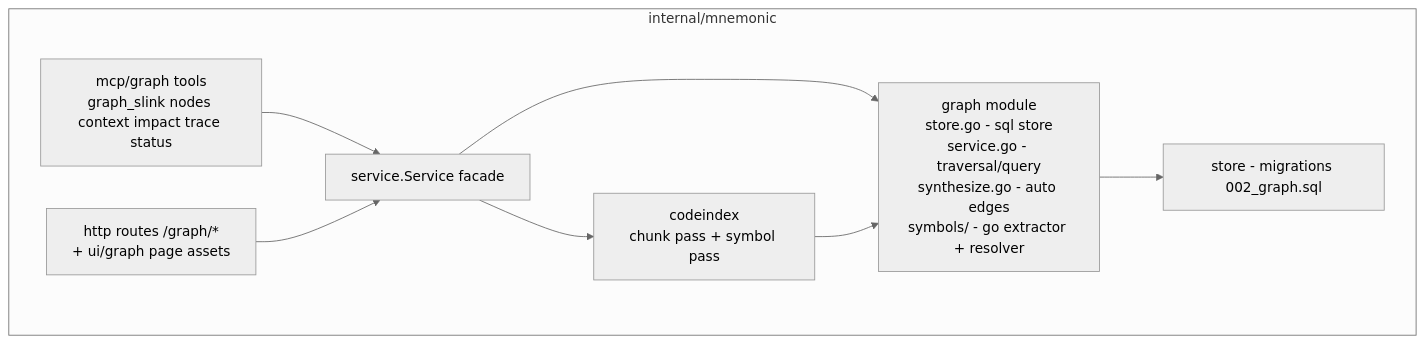
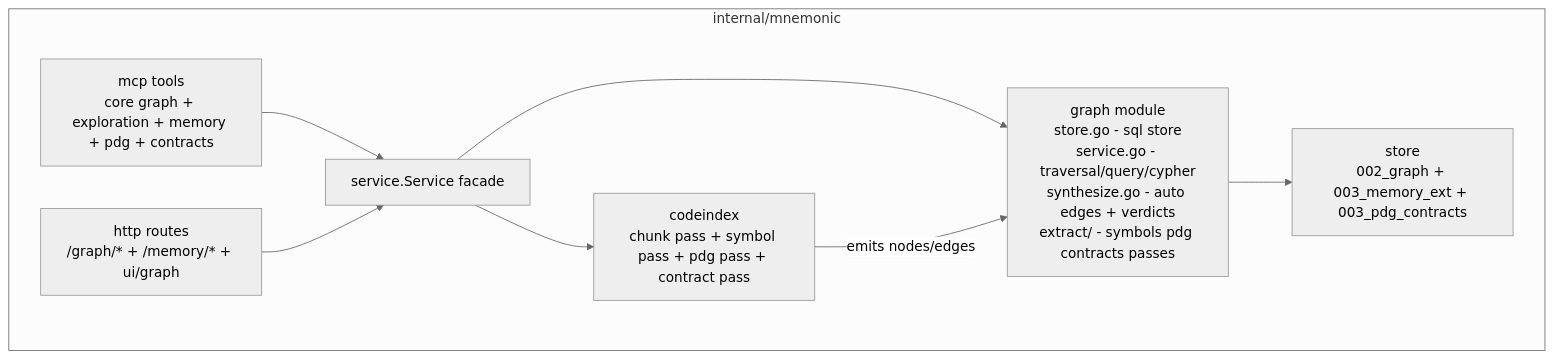
Before and after one commit to devopstales/skillgrid: the second of 2 diagrams in openspec/changes/mnemonic-graph/design.md, drawn with Mermaid (neutral theme). The commit also changed other lines of this file and 12 other files, not shown here.

First line of the commit message:
docs(graph): expand mnemonic-graph to GitNexus+Engram tool parity

````diff
--- a/openspec/changes/mnemonic-graph/design.md
+++ b/openspec/changes/mnemonic-graph/design.md
@@ -177,17 +375,17 @@
 ```mermaid
 flowchart TB
   subgraph internal/mnemonic
     SVC[service.Service facade]
-    GRP[graph module<br/>store.go - sql store<br/>service.go - traversal/query<br/>synthesize.go - auto edges<br/>symbols/ - go extractor + resolver]
-    CI[codeindex<br/>chunk pass + symbol pass]
-    MCPG[mcp/graph tools<br/>graph_slink nodes context impact trace status]
-    HTTPG[http routes /graph/*<br/>+ ui/graph page assets]
-    STORE[store - migrations 002_graph.sql]
+    GRP[graph module<br/>store.go - sql store<br/>service.go - traversal/query/cypher<br/>synthesize.go - auto edges + verdicts<br/>extract/ - symbols pdg contracts passes]
+    CI[codeindex<br/>chunk pass + symbol pass + pdg pass + contract pass]
+    MCPC[mcp tools<br/>core graph + exploration + memory + pdg + contracts]
+    HTTPG[http routes<br/>/graph/* + /memory/* + ui/graph]
+    STORE[store<br/>002_graph + 003_memory_ext + 003_pdg_contracts]
     SVC --> GRP
     SVC --> CI
   end
-  MCPG --> SVC
+  MCPC --> SVC
   HTTPG --> SVC
   GRP --> STORE
-  CI --> GRP
+  CI -->|emits nodes/edges| GRP
 ```
````
